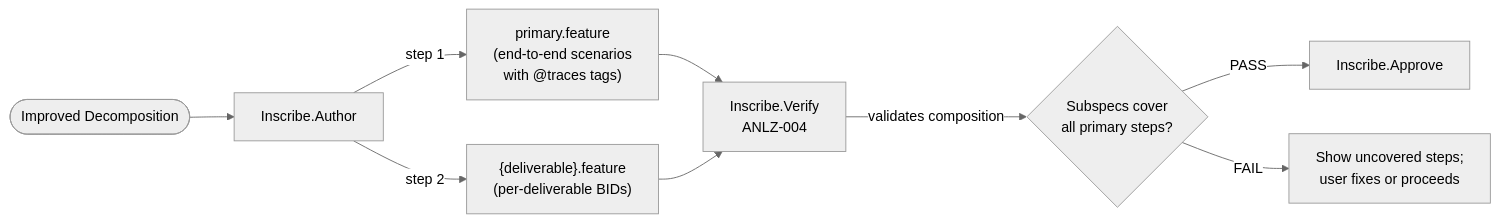
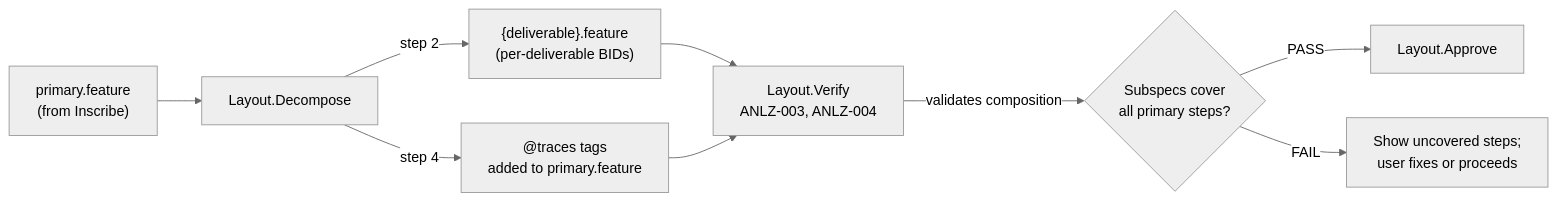
One commit to v0idbit/haileris changed the third of 5 diagrams in docs/diagrams/diagrams.md. Above: the diagram before and after it, drawn with Mermaid (neutral theme). The commit also changed other lines of this file and 24 other files, not shown here.

````diff
--- a/docs/diagrams/diagrams.md
+++ b/docs/diagrams/diagrams.md
@@ -126,14 +124,14 @@
 ```mermaid
 flowchart LR
-    ID([Improved Decomposition]) --> AUTH["Inscribe.Author"]
+    PS_IN["primary.feature<br>(from Inscribe)"] --> DEC["Layout.Decompose"]
 
-    AUTH -->|"step 1"| PS["primary.feature<br>(end-to-end scenarios<br>with @traces tags)"]
-    AUTH -->|"step 2"| CS["{deliverable}.feature<br>(per-deliverable BIDs)"]
+    DEC -->|"step 2"| CS["{deliverable}.feature<br>(per-deliverable BIDs)"]
+    DEC -->|"step 4"| TR["@traces tags<br>added to primary.feature"]
 
-    PS --> V["Inscribe.Verify<br>ANLZ-004"]
-    CS --> V
+    CS --> V["Layout.Verify<br>ANLZ-003, ANLZ-004"]
+    TR --> V
 
     V -->|"validates composition"| RESULT{"Subspecs cover<br>all primary steps?"}
-    RESULT -->|PASS| AP["Inscribe.Approve"]
+    RESULT -->|PASS| AP["Layout.Approve"]
     RESULT -->|FAIL| FIX["Show uncovered steps;<br>user fixes or proceeds"]
 ```
````
